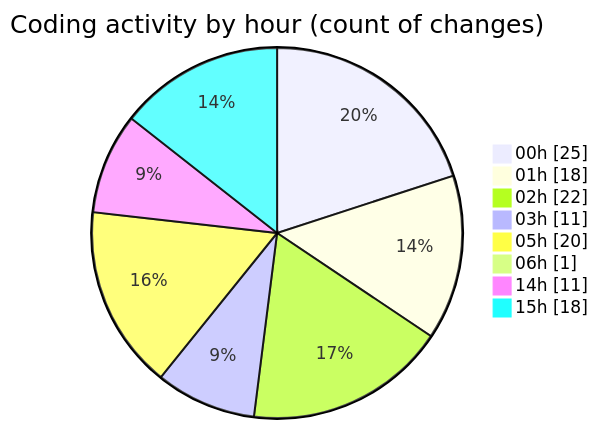
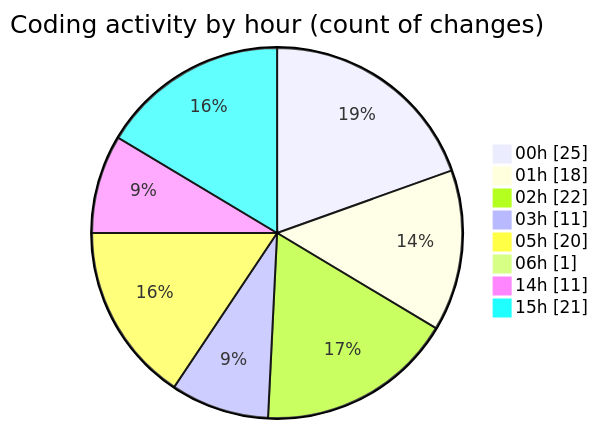
Before and after one commit to EIIisD/code-tracking: the second of 2 diagrams in 2025-07-18/ribbon/README.md, drawn with Mermaid. The commit also changed other lines of this file and 1 other file, not shown here.

````diff
--- a/2025-07-18/ribbon/README.md
+++ b/2025-07-18/ribbon/README.md
@@ -40,12 +42,12 @@
 ```mermaid
 pie showData
 title Coding activity by hour (count of changes)
 "00h" : 25
 "01h" : 18
 "02h" : 22
 "03h" : 11
 "05h" : 20
 "06h" : 1
 "14h" : 11
-"15h" : 18
+"15h" : 21
 ```
````
